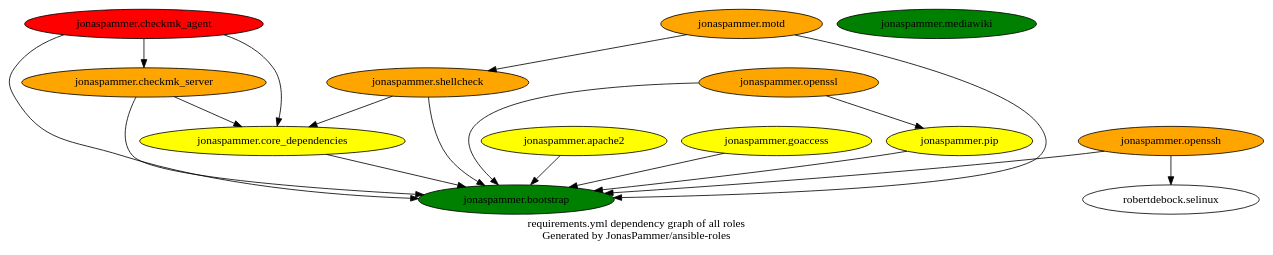
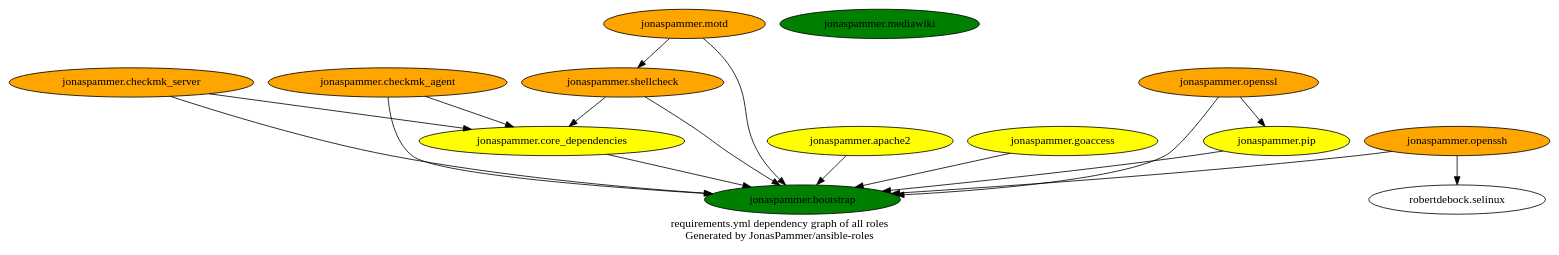
One commit to JonasPammer/ansible-roles changed the diagram in graphs/dependencies_ALL.dot. Above: the diagram before and after it, drawn with Graphviz. The commit also changed 5 other files, not shown here.

```diff
--- a/graphs/dependencies_ALL.dot
+++ b/graphs/dependencies_ALL.dot
@@ -1,30 +1,30 @@
 digraph hierarchy {
   label = "requirements.yml dependency graph of all roles \n Generated by JonasPammer/ansible-roles" ;
 
   {
     "jonaspammer.bootstrap" [fillcolor=green style=filled]
     "jonaspammer.core_dependencies" [fillcolor=yellow style=filled]
     "jonaspammer.pip" [fillcolor=yellow style=filled]
     "jonaspammer.shellcheck" [fillcolor=orange style=filled]
     "jonaspammer.checkmk_server" [fillcolor=orange style=filled]
-    "jonaspammer.checkmk_agent" [fillcolor=red style=filled]
+    "jonaspammer.checkmk_agent" [fillcolor=orange style=filled]
     "jonaspammer.openssh" [fillcolor=orange style=filled]
     "jonaspammer.motd" [fillcolor=orange style=filled]
     "jonaspammer.apache2" [fillcolor=yellow style=filled]
     "jonaspammer.openssl" [fillcolor=orange style=filled]
     "jonaspammer.goaccess" [fillcolor=yellow style=filled]
     "jonaspammer.mediawiki" [fillcolor=green style=filled]
   }
 
 
   "jonaspammer.core_dependencies" -> {"jonaspammer.bootstrap"}
   "jonaspammer.pip" -> {"jonaspammer.bootstrap"}
   "jonaspammer.shellcheck" -> {"jonaspammer.bootstrap" "jonaspammer.core_dependencies"}
   "jonaspammer.checkmk_server" -> {"jonaspammer.bootstrap" "jonaspammer.core_dependencies"}
-  "jonaspammer.checkmk_agent" -> {"jonaspammer.bootstrap" "jonaspammer.checkmk_server" "jonaspammer.core_dependencies"}
+  "jonaspammer.checkmk_agent" -> {"jonaspammer.bootstrap" "jonaspammer.core_dependencies"}
   "jonaspammer.openssh" -> {"jonaspammer.bootstrap" "robertdebock.selinux"}
   "jonaspammer.motd" -> {"jonaspammer.bootstrap" "jonaspammer.shellcheck"}
   "jonaspammer.apache2" -> {"jonaspammer.bootstrap"}
   "jonaspammer.openssl" -> {"jonaspammer.pip" "jonaspammer.bootstrap"}
   "jonaspammer.goaccess" -> {"jonaspammer.bootstrap"}
 }
```
